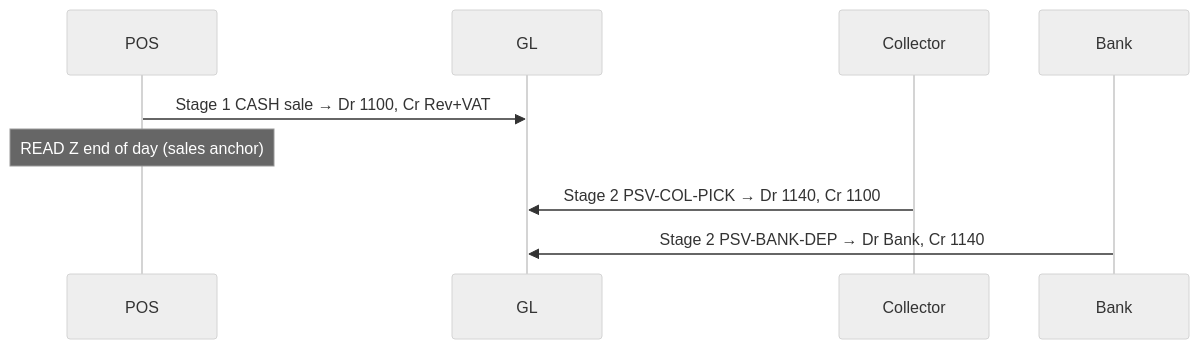
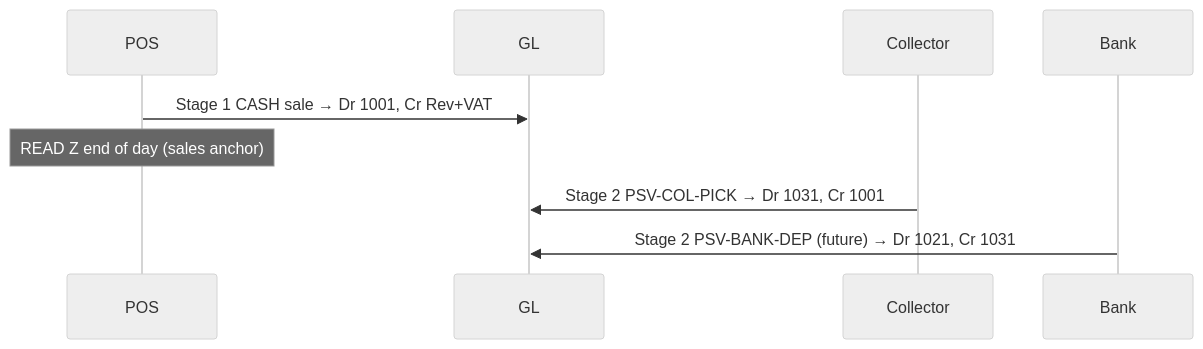
One commit to thkiti/asa-con-v0 changed the second of 3 diagrams in docs/40_POS_TWO_STAGE_PAYMENT_SETTLEMENT.md. Above: the diagram before and after it, drawn with Mermaid (neutral theme). The commit also changed other lines of this file, not shown here.

Commit message:
docs: update POS two-stage payment settlement status

````diff
--- a/docs/40_POS_TWO_STAGE_PAYMENT_SETTLEMENT.md
+++ b/docs/40_POS_TWO_STAGE_PAYMENT_SETTLEMENT.md
@@ -319,12 +379,12 @@
 ```mermaid
 sequenceDiagram
   participant POS
   participant GL
   participant Collector
   participant Bank
 
-  POS->>GL: Stage 1 CASH sale → Dr 1100, Cr Rev+VAT
+  POS->>GL: Stage 1 CASH sale → Dr 1001, Cr Rev+VAT
   Note over POS: READ Z end of day (sales anchor)
-  Collector->>GL: Stage 2 PSV-COL-PICK → Dr 1140, Cr 1100
-  Bank->>GL: Stage 2 PSV-BANK-DEP → Dr Bank, Cr 1140
+  Collector->>GL: Stage 2 PSV-COL-PICK → Dr 1031, Cr 1001
+  Bank->>GL: Stage 2 PSV-BANK-DEP (future) → Dr 1021, Cr 1031
 ```
````
